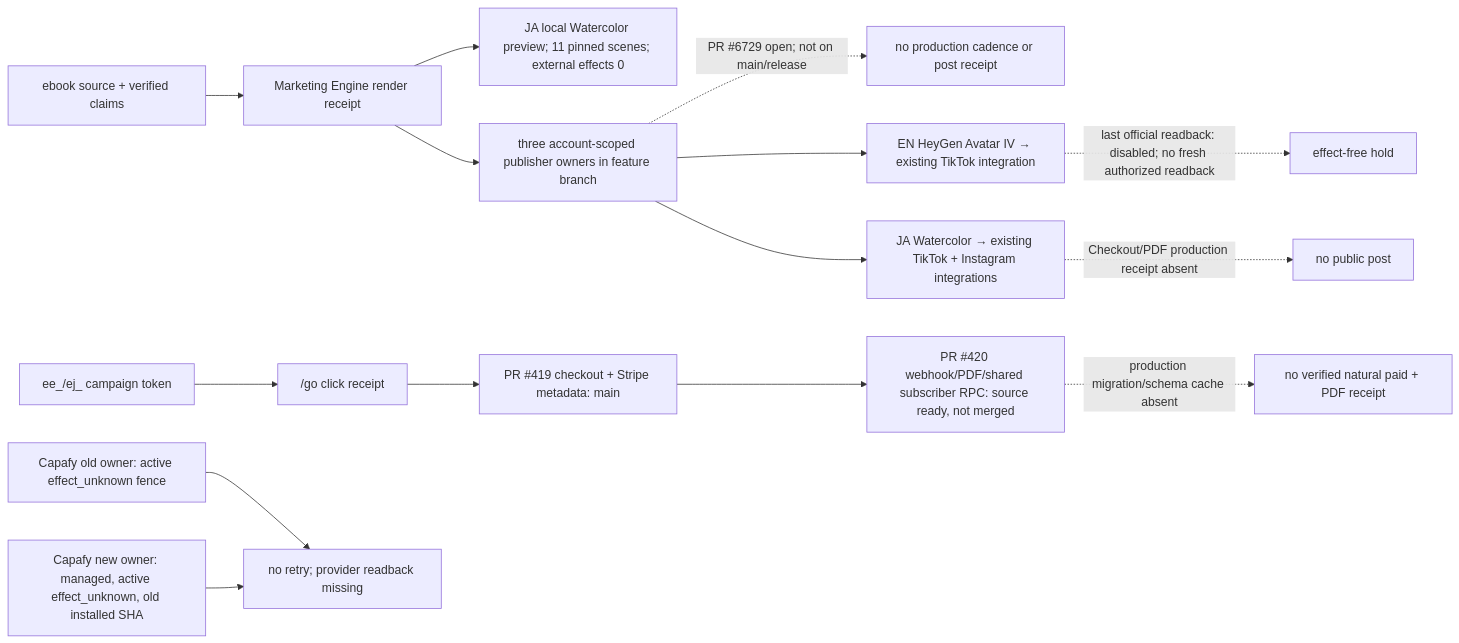
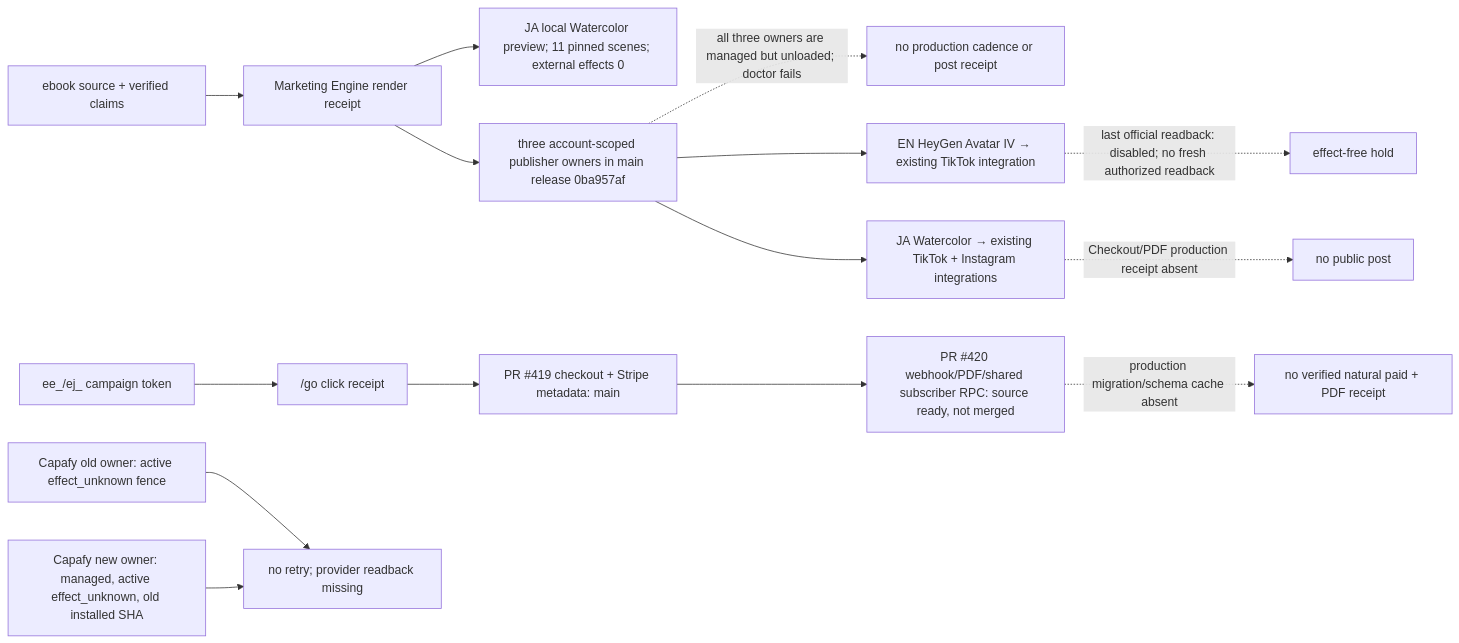
One commit to Daisuke134/life-manager changed the first of 3 diagrams in docs/superpowers/specs/2026-10-05-ebook-revenue-loop-design.md. Above: the diagram before and after it, drawn with Mermaid. The commit also changed other lines of this file and 2 other files, not shown here.

Commit message:
docs(ebook): refresh post-merge launch gates

```diff
--- a/docs/superpowers/specs/2026-10-05-ebook-revenue-loop-design.md
+++ b/docs/superpowers/specs/2026-10-05-ebook-revenue-loop-design.md
@@ -73,17 +75,17 @@
 ~~~mermaid
 flowchart LR
   CONTENT["ebook source + verified claims"] --> ENGINE["Marketing Engine render receipt"]
   ENGINE --> PREVIEW["JA local Watercolor preview; 11 pinned scenes; external effects 0"]
-  ENGINE --> SOURCE["three account-scoped publisher owners in feature branch"]
-  SOURCE -. "PR #6729 open; not on main/release" .-> NORUNTIME["no production cadence or post receipt"]
+  ENGINE --> SOURCE["three account-scoped publisher owners in main release 0ba957af"]
+  SOURCE -. "all three owners are managed but unloaded; doctor fails" .-> NORUNTIME["no production cadence or post receipt"]
   SOURCE --> EN["EN HeyGen Avatar IV → existing TikTok integration"]
   SOURCE --> JA["JA Watercolor → existing TikTok + Instagram integrations"]
   EN -. "last official readback: disabled; no fresh authorized readback" .-> ENHOLD["effect-free hold"]
   JA -. "Checkout/PDF production receipt absent" .-> JAHOLD["no public post"]
   TOKEN["ee_/ej_ campaign token"] --> GO["/go click receipt"]
   GO --> CHECKOUT["PR #419 checkout + Stripe metadata: main"]
   CHECKOUT --> WH["PR #420 webhook/PDF/shared subscriber RPC: source ready, not merged"]
   WH -. "production migration/schema cache absent" .-> NOORDER["no verified natural paid + PDF receipt"]
   OLD["Capafy old owner: active effect_unknown fence"] --> HOLD["no retry; provider readback missing"]
   NEW["Capafy new owner: managed, active effect_unknown, old installed SHA"] --> HOLD
 ~~~
```
